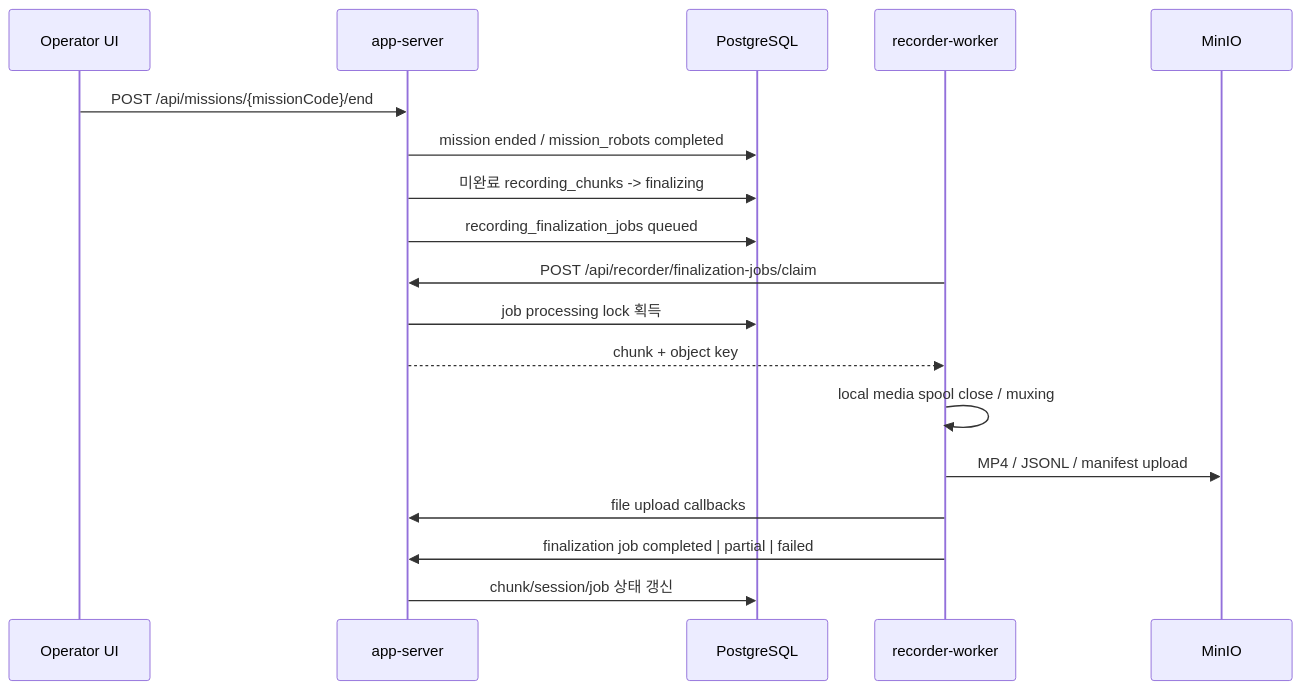
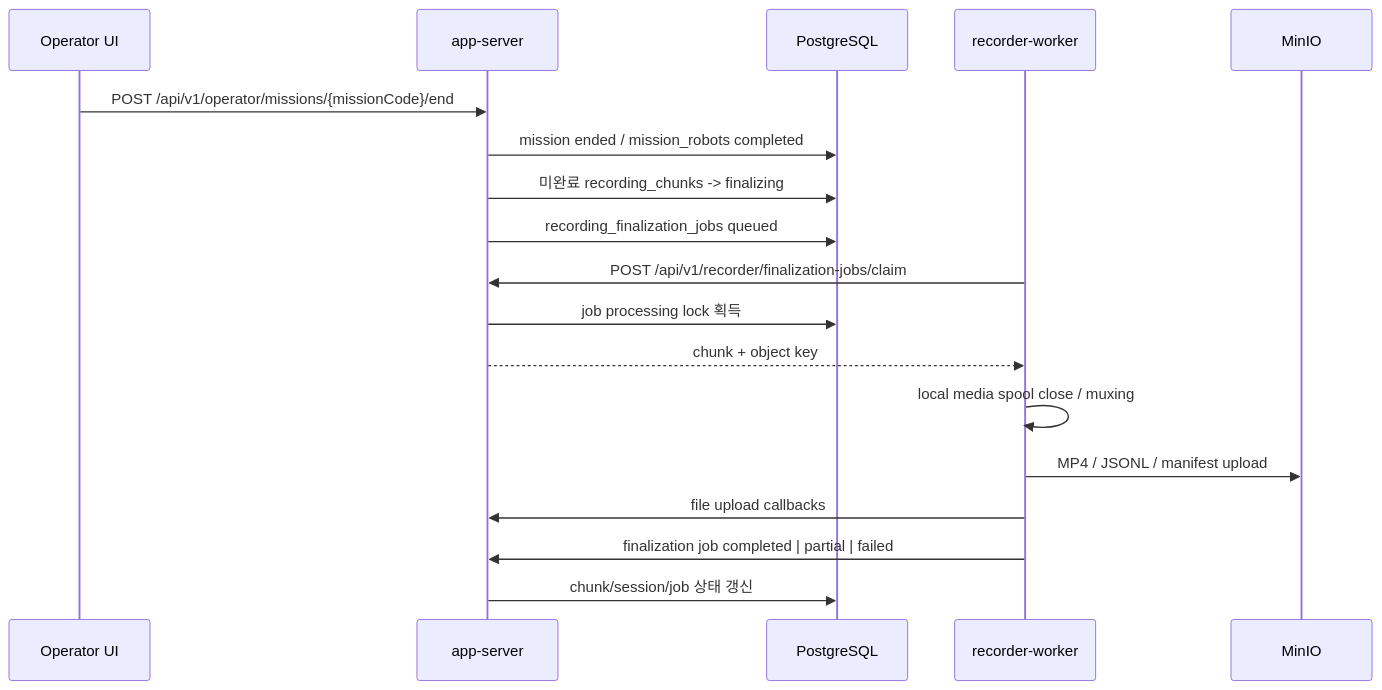
One commit to dhkimxx/robot-center changed the fifth of 5 diagrams in docs/stable/architecture.md. Above: the diagram before and after it, drawn with Mermaid. The commit also changed other lines of this file and 26 other files, not shown here.

````diff
--- a/docs/stable/architecture.md
+++ b/docs/stable/architecture.md
@@ -599,21 +615,21 @@
 ```mermaid
 sequenceDiagram
   participant UI as Operator UI
   participant App as app-server
   participant DB as PostgreSQL
   participant Rec as recorder-worker
   participant Minio as MinIO
 
-  UI->>App: POST /api/missions/{missionCode}/end
+  UI->>App: POST /api/v1/operator/missions/{missionCode}/end
   App->>DB: mission ended / mission_robots completed
   App->>DB: 미완료 recording_chunks -> finalizing
   App->>DB: recording_finalization_jobs queued
-  Rec->>App: POST /api/recorder/finalization-jobs/claim
+  Rec->>App: POST /api/v1/recorder/finalization-jobs/claim
   App->>DB: job processing lock 획득
   App-->>Rec: chunk + object key
   Rec->>Rec: local media spool close / muxing
   Rec->>Minio: MP4 / JSONL / manifest upload
   Rec->>App: file upload callbacks
   Rec->>App: finalization job completed | partial | failed
   App->>DB: chunk/session/job 상태 갱신
 ```
````
